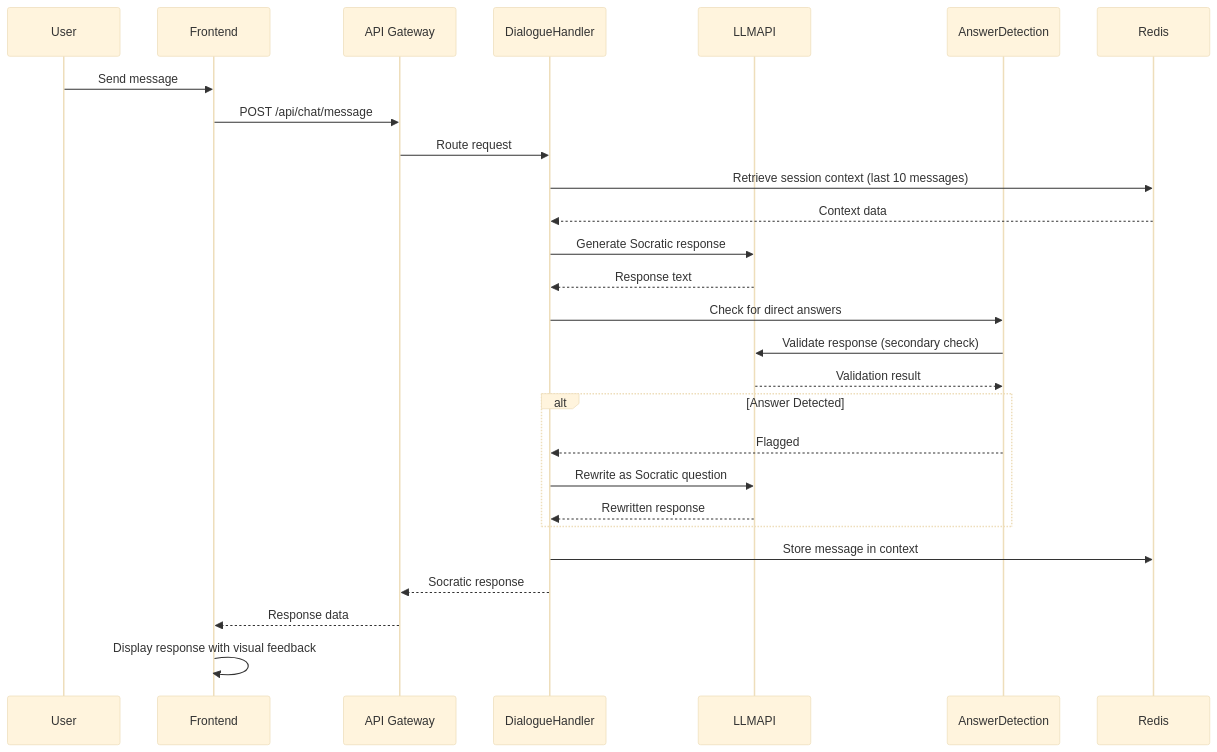
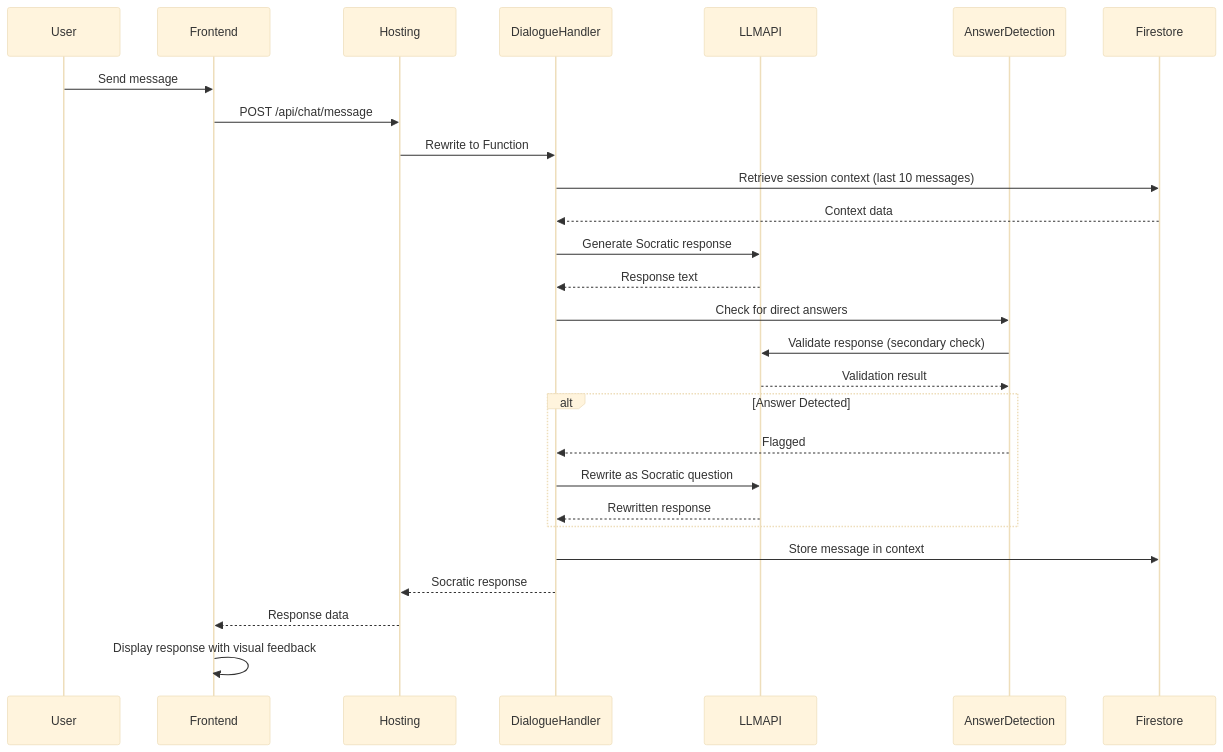
Before and after one commit to bluesam1/AI-Math-Tutor: the fourth of 6 diagrams in docs/architecture.md, drawn with Mermaid (base theme). The commit also changed other lines of this file and 42 other files, not shown here.

````diff
--- a/docs/architecture.md
+++ b/docs/architecture.md
@@ -1144,30 +1131,30 @@
 ```mermaid
 sequenceDiagram
     participant User
     participant Frontend
-    participant API Gateway
+    participant Hosting
     participant DialogueHandler
     participant LLMAPI
     participant AnswerDetection
-    participant Redis
+    participant Firestore
 
     User->>Frontend: Send message
-    Frontend->>API Gateway: POST /api/chat/message
-    API Gateway->>DialogueHandler: Route request
-    DialogueHandler->>Redis: Retrieve session context (last 10 messages)
-    Redis-->>DialogueHandler: Context data
+    Frontend->>Hosting: POST /api/chat/message
+    Hosting->>DialogueHandler: Rewrite to Function
+    DialogueHandler->>Firestore: Retrieve session context (last 10 messages)
+    Firestore-->>DialogueHandler: Context data
     DialogueHandler->>LLMAPI: Generate Socratic response
     LLMAPI-->>DialogueHandler: Response text
     DialogueHandler->>AnswerDetection: Check for direct answers
     AnswerDetection->>LLMAPI: Validate response (secondary check)
     LLMAPI-->>AnswerDetection: Validation result
     alt Answer Detected
         AnswerDetection-->>DialogueHandler: Flagged
         DialogueHandler->>LLMAPI: Rewrite as Socratic question
         LLMAPI-->>DialogueHandler: Rewritten response
     end
-    DialogueHandler->>Redis: Store message in context
-    DialogueHandler-->>API Gateway: Socratic response
-    API Gateway-->>Frontend: Response data
+    DialogueHandler->>Firestore: Store message in context
+    DialogueHandler-->>Hosting: Socratic response
+    Hosting-->>Frontend: Response data
     Frontend->>Frontend: Display response with visual feedback
 ```
````
